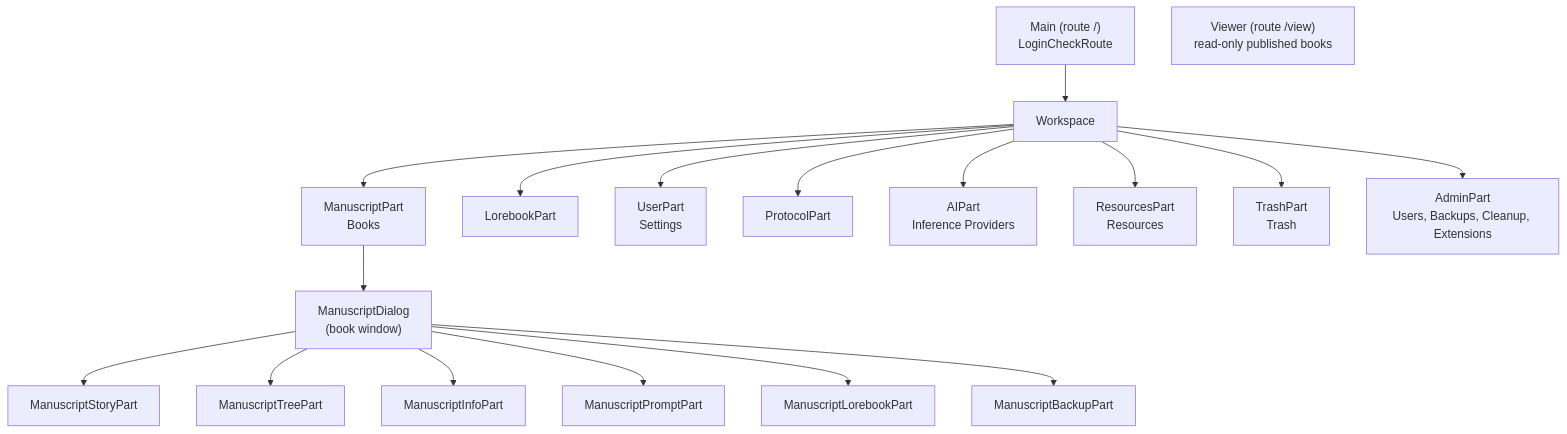
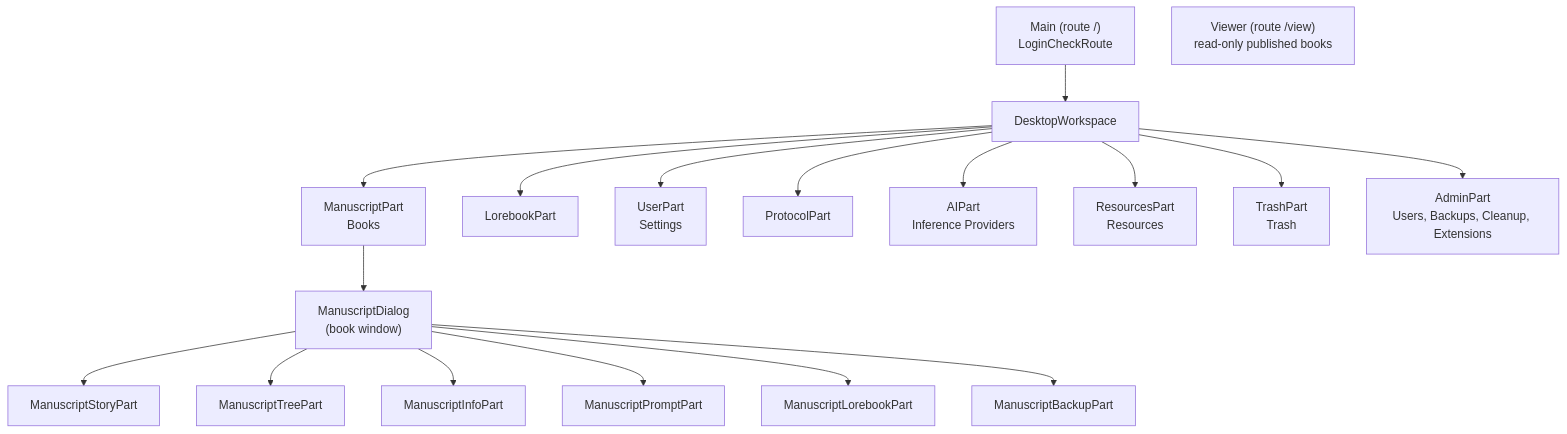
Before and after one commit to Enerccio/Marginalia: the third of 6 diagrams in docs/developer/architecture.md, drawn with Mermaid. The commit also changed other lines of this file and 123 other files, not shown here.

````diff
--- a/docs/developer/architecture.md
+++ b/docs/developer/architecture.md
@@ -198,20 +198,20 @@
 ```mermaid
 flowchart TB
-    Main["Main (route /)<br/>LoginCheckRoute"] --> WS["Workspace"]
+    Main["Main (route /)<br/>LoginCheckRoute"] --> WS["DesktopWorkspace"]
     Viewer["Viewer (route /view)<br/>read-only published books"]
     WS --> MP["ManuscriptPart<br/>Books"]
     WS --> LP["LorebookPart"]
     WS --> UP["UserPart<br/>Settings"]
     WS --> PP["ProtocolPart"]
     WS --> AP["AIPart<br/>Inference Providers"]
     WS --> RP["ResourcesPart<br/>Resources"]
     WS --> TP["TrashPart<br/>Trash"]
     WS --> AdP["AdminPart<br/>Users, Backups, Cleanup, Extensions"]
     MP --> MD["ManuscriptDialog<br/>(book window)"]
     MD --> Story["ManuscriptStoryPart"]
     MD --> Tree["ManuscriptTreePart"]
     MD --> Info["ManuscriptInfoPart"]
     MD --> Prompt["ManuscriptPromptPart"]
     MD --> Lore["ManuscriptLorebookPart"]
     MD --> Backup["ManuscriptBackupPart"]
 ```
````
